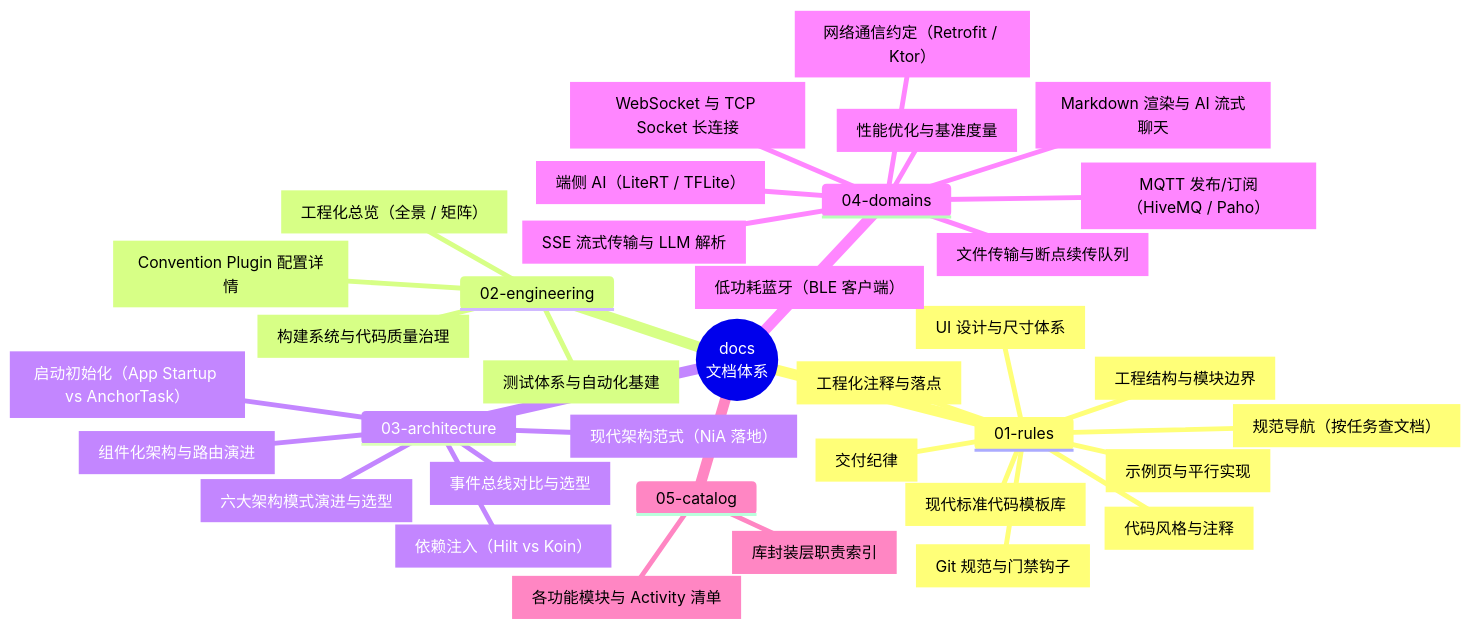
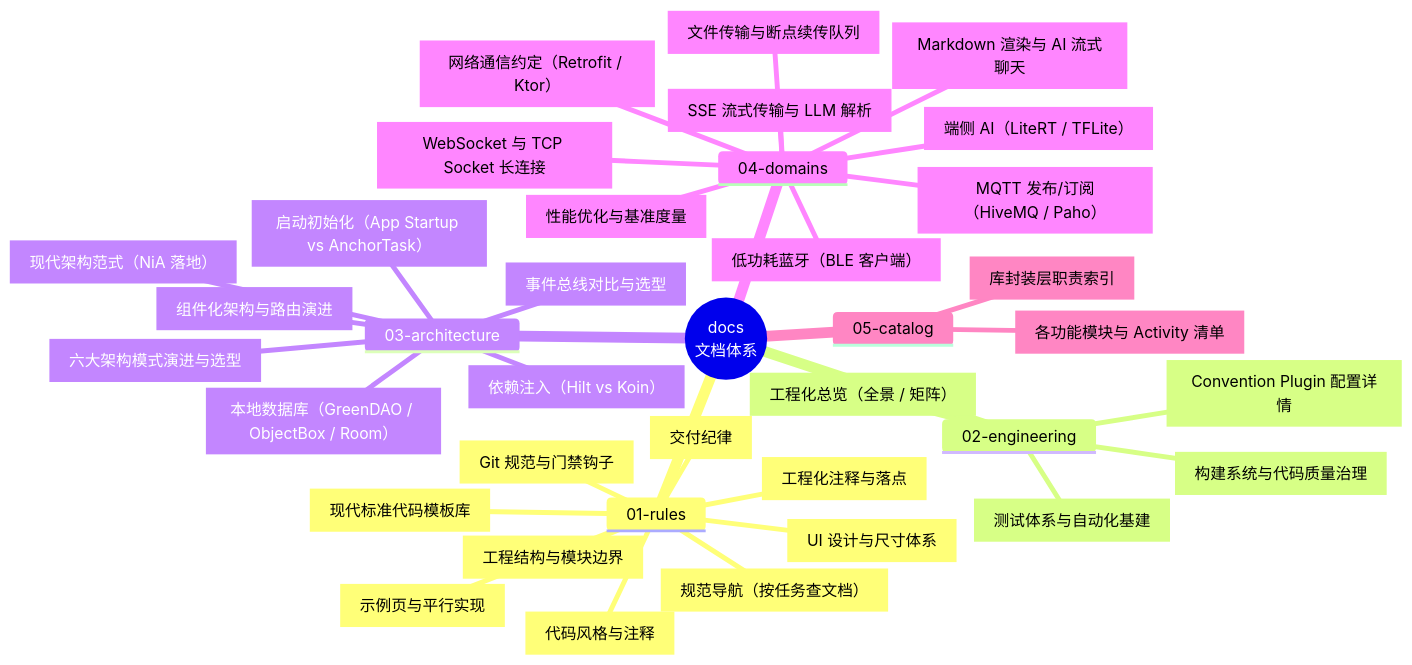
Before and after one commit to wuwei94/MyApplication: the diagram in docs/README.md, drawn with Mermaid. The commit also changed other lines of this file and 1 other file, not shown here.

First line of the commit message:
docs: 新增 GreenDAO/ObjectBox/Room 本地数据库对比笔记

````diff
--- a/docs/README.md
+++ b/docs/README.md
@@ -25,39 +25,40 @@
 ```mermaid
 mindmap
   root((docs<br/>文档体系))
     01-rules
       README.md["规范导航（按任务查文档）"]
       delivery.md["交付纪律"]
       structure.md["工程结构与模块边界"]
       showcase.md["示例页与平行实现"]
       style.md["代码风格与注释"]
       engineering.md["工程化注释与落点"]
       templates.md["现代标准代码模板库"]
       design.md["UI 设计与尺寸体系"]
       git.md["Git 规范与门禁钩子"]
     02-engineering
       engineering.md["工程化总览（全景 / 矩阵）"]
       engineering-build.md["构建系统与代码质量治理"]
       build-logic.md["Convention Plugin 配置详情"]
       testing.md["测试体系与自动化基建"]
     03-architecture
       architecture.md["六大架构模式演进与选型"]
       modularization.md["组件化架构与路由演进"]
       engineering-patterns.md["现代架构范式（NiA 落地）"]
       di.md["依赖注入（Hilt vs Koin）"]
       event.md["事件总线对比与选型"]
       startup.md["启动初始化（App Startup vs AnchorTask）"]
+      database.md["本地数据库（GreenDAO / ObjectBox / Room）"]
     04-domains
       network.md["网络通信约定（Retrofit / Ktor）"]
       transfer.md["文件传输与断点续传队列"]
       socket.md["WebSocket 与 TCP Socket 长连接"]
       sse.md["SSE 流式传输与 LLM 解析"]
       mqtt.md["MQTT 发布/订阅（HiveMQ / Paho）"]
       bluetooth.md["低功耗蓝牙（BLE 客户端）"]
       markdown.md["Markdown 渲染与 AI 流式聊天"]
       ml.md["端侧 AI（LiteRT / TFLite）"]
       performance.md["性能优化与基准度量"]
     05-catalog
       modules.md["各功能模块与 Activity 清单"]
       libs.md["库封装层职责索引"]
 ```
````
